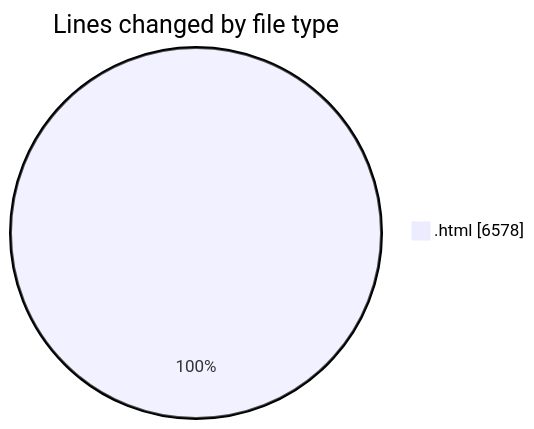
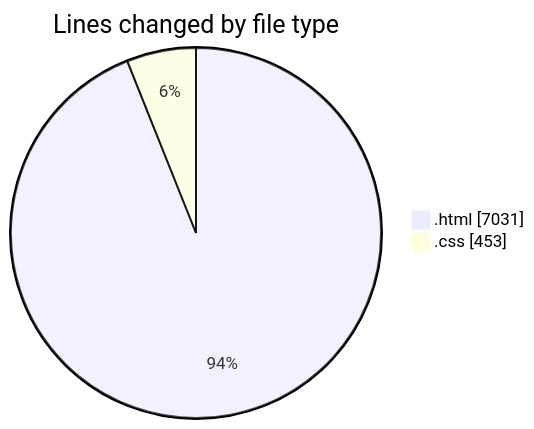
One commit to nxtqubesakshisongat/code-tracking changed the first of 2 diagrams in 2025-08-09/nxtqube_webapp/README.md. Above: the diagram before and after it, drawn with Mermaid. The commit also changed other lines of this file and 1 other file, not shown here.

````diff
--- a/2025-08-09/nxtqube_webapp/README.md
+++ b/2025-08-09/nxtqube_webapp/README.md
@@ -21,5 +23,6 @@
 ```mermaid
 pie showData
 title Lines changed by file type
-".html" : 6578
+".html" : 7031
+".css" : 453
 ```
````
